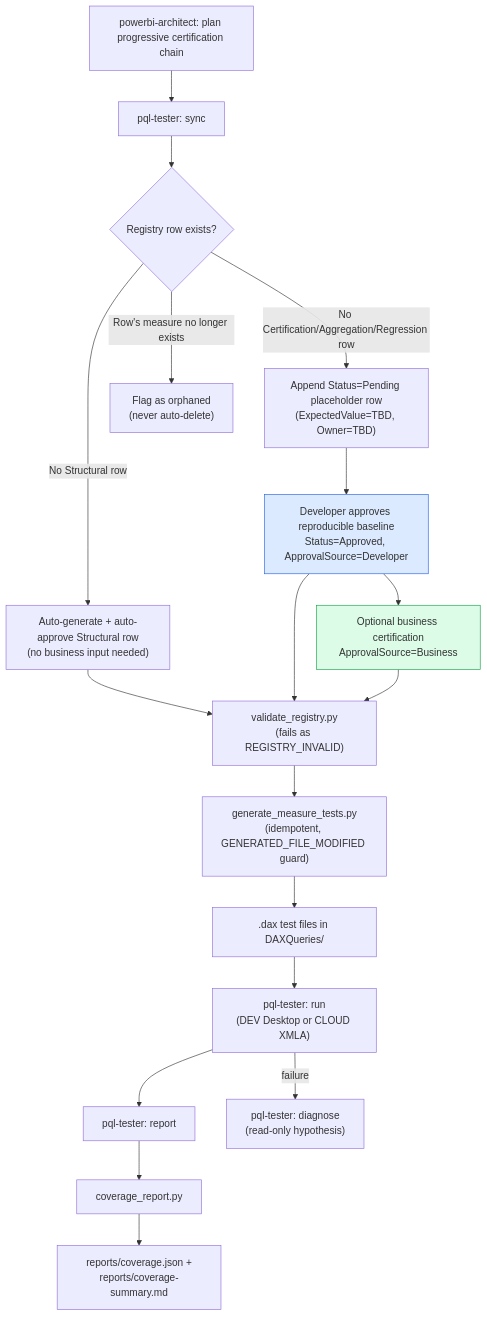
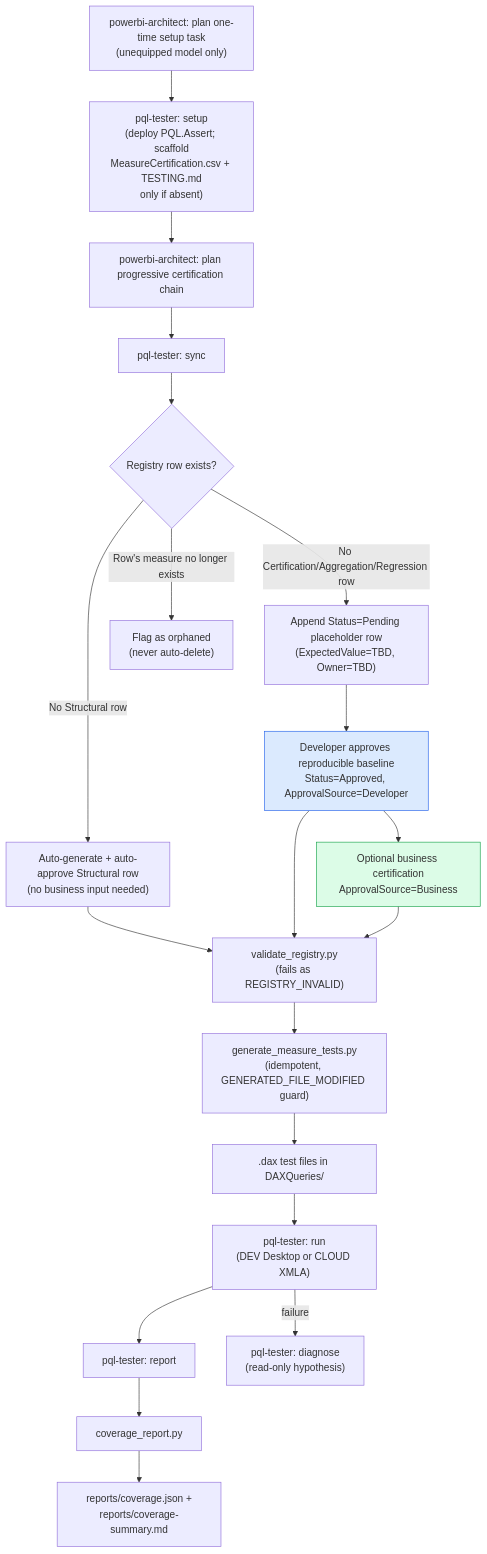
The second of 2 diagrams in openspec/changes/integrate-pql-assert-dax-testing/design.md (YuriChadour/powerbi-agentic-plugins), drawn with Mermaid before and after one commit. The commit also changed other lines of this file and 6 other files, not shown here.

First line of the commit message:
openspec: close review gaps in integrate-pql-assert-dax-testing

````diff
--- a/openspec/changes/integrate-pql-assert-dax-testing/design.md
+++ b/openspec/changes/integrate-pql-assert-dax-testing/design.md
@@ -7,29 +52,30 @@
 ```mermaid
 flowchart TD
-    A["powerbi-architect: plan progressive certification chain"] --> B["pql-tester: sync"]
+    Z["powerbi-architect: plan one-time setup task\n(unequipped model only)"] --> A0["pql-tester: setup\n(deploy PQL.Assert; scaffold\nMeasureCertification.csv + TESTING.md\nonly if absent)"]
+    A0 --> A["powerbi-architect: plan progressive certification chain"] --> B["pql-tester: sync"]
 
     B --> C{"Registry row exists?"}
     C -->|"No Structural row"| D["Auto-generate + auto-approve Structural row\n(no business input needed)"]
     C -->|"No Certification/Aggregation/Regression row"| E["Append Status=Pending placeholder row\n(ExpectedValue=TBD, Owner=TBD)"]
     C -->|"Row's measure no longer exists"| C2["Flag as orphaned\n(never auto-delete)"]
 
     E --> F["Developer approves reproducible baseline\nStatus=Approved, ApprovalSource=Developer"]
     F --> G["Optional business certification\nApprovalSource=Business"]
 
     D --> I["validate_registry.py\n(fails as REGISTRY_INVALID)"]
     F --> I
     G --> I
     I --> J["generate_measure_tests.py\n(idempotent, GENERATED_FILE_MODIFIED guard)"]
     J --> K[".dax test files in DAXQueries/"]
 
     K --> L["pql-tester: run\n(DEV Desktop or CLOUD XMLA)"]
     L --> M["pql-tester: report"]
     L -->|"failure"| N["pql-tester: diagnose\n(read-only hypothesis)"]
     M --> O["coverage_report.py"]
     O --> P["reports/coverage.json +\nreports/coverage-summary.md"]
 
     classDef developer fill:#dbeafe,stroke:#2563eb,color:#333;
     classDef business fill:#dcfce7,stroke:#16a34a,color:#333;
     class F developer;
     class G business;
 ```
````
